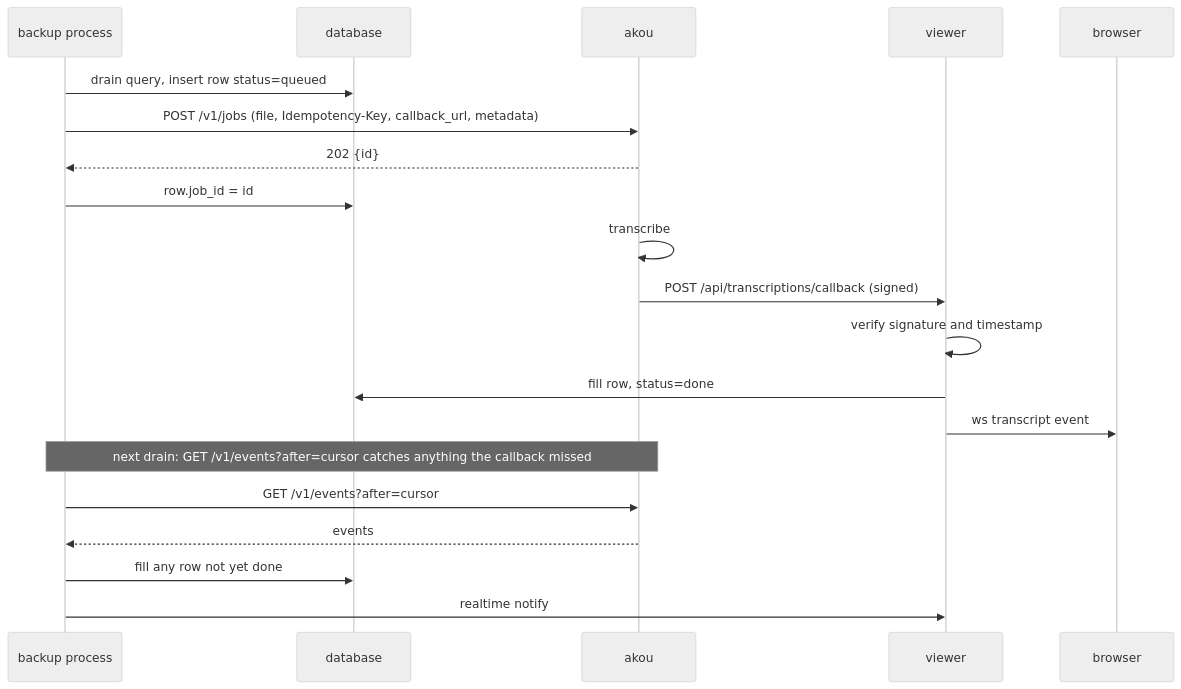
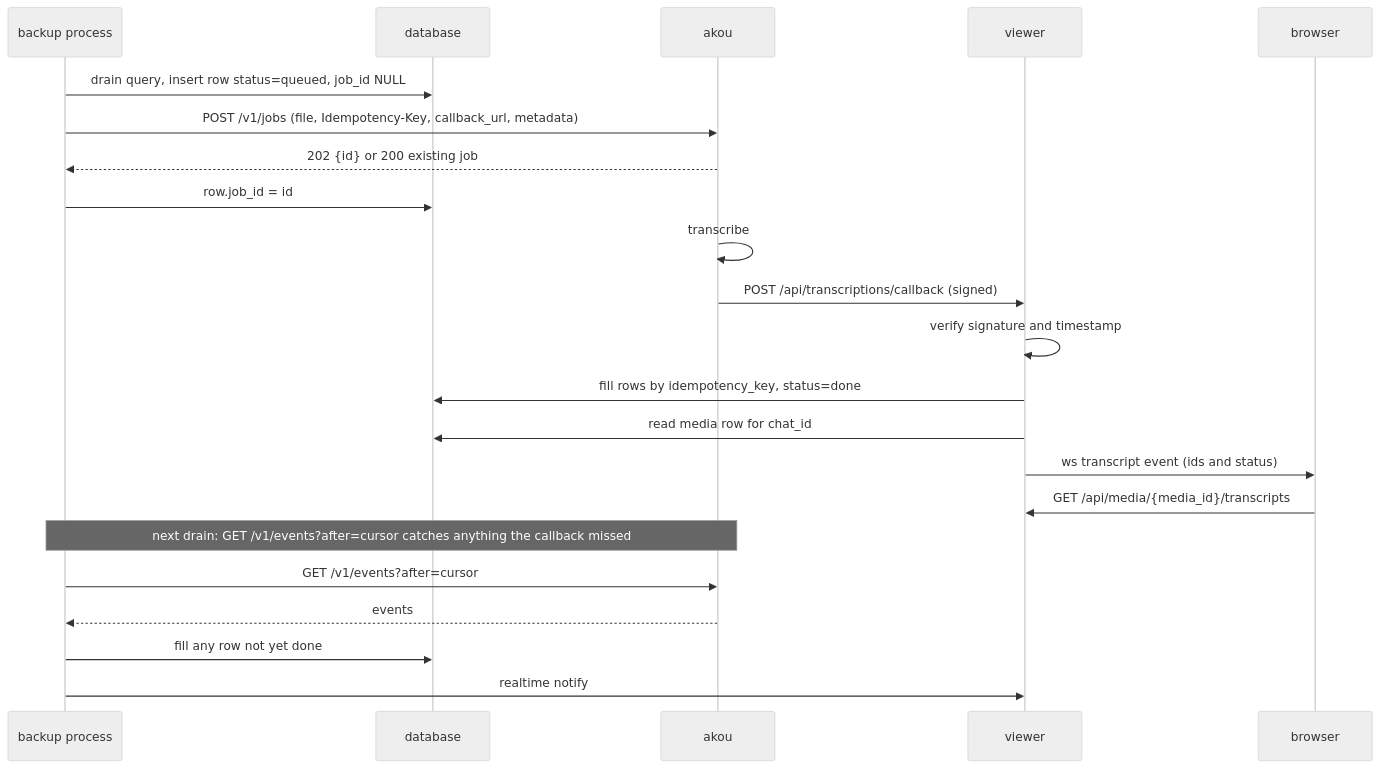
Before and after one commit to GeiserX/Telegram-Archive: the diagram in docs/TRANSCRIPTION.md, drawn with Mermaid (neutral theme). The commit also changed other lines of this file, not shown here.

````diff
--- a/docs/TRANSCRIPTION.md
+++ b/docs/TRANSCRIPTION.md
@@ -243,23 +264,25 @@
 ```mermaid
 sequenceDiagram
     participant B as backup process
     participant DB as database
     participant A as akou
     participant V as viewer
     participant U as browser
 
-    B->>DB: drain query, insert row status=queued
+    B->>DB: drain query, insert row status=queued, job_id NULL
     B->>A: POST /v1/jobs (file, Idempotency-Key, callback_url, metadata)
-    A-->>B: 202 {id}
+    A-->>B: 202 {id} or 200 existing job
     B->>DB: row.job_id = id
     A->>A: transcribe
     A->>V: POST /api/transcriptions/callback (signed)
     V->>V: verify signature and timestamp
-    V->>DB: fill row, status=done
-    V->>U: ws transcript event
+    V->>DB: fill rows by idempotency_key, status=done
+    V->>DB: read media row for chat_id
+    V->>U: ws transcript event (ids and status)
+    U->>V: GET /api/media/{media_id}/transcripts
     Note over B,A: next drain: GET /v1/events?after=cursor catches anything the callback missed
     B->>A: GET /v1/events?after=cursor
     A-->>B: events
     B->>DB: fill any row not yet done
     B->>V: realtime notify
 ```
````
